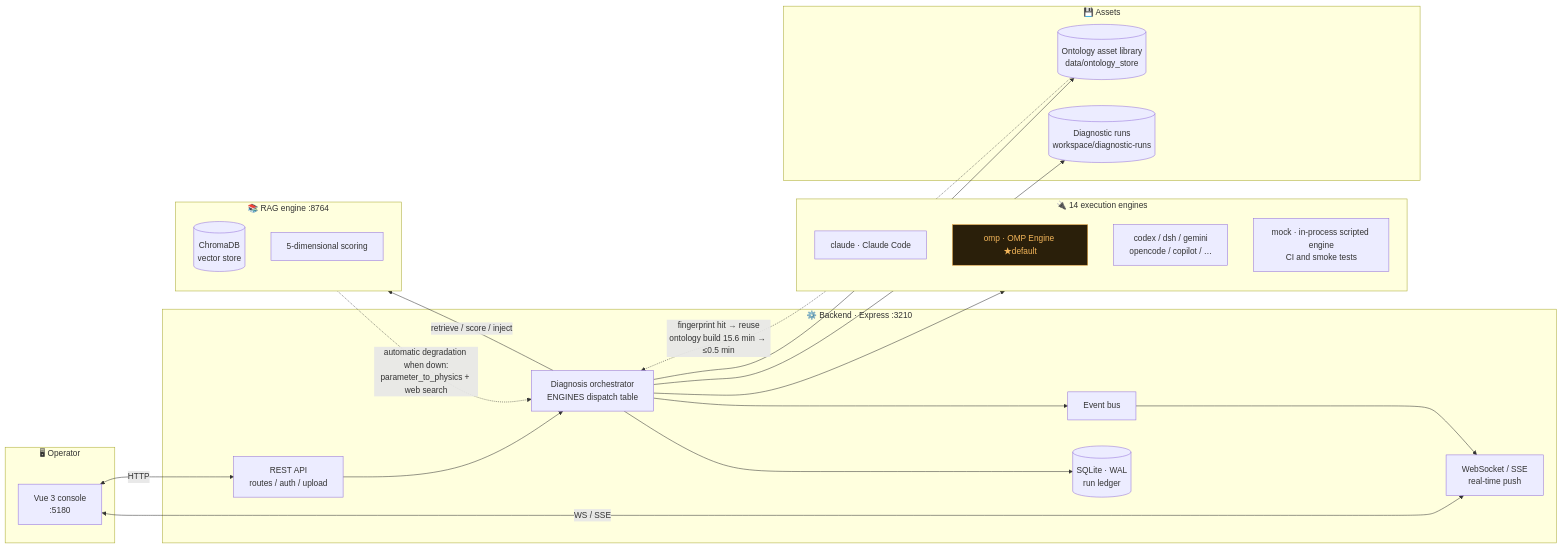
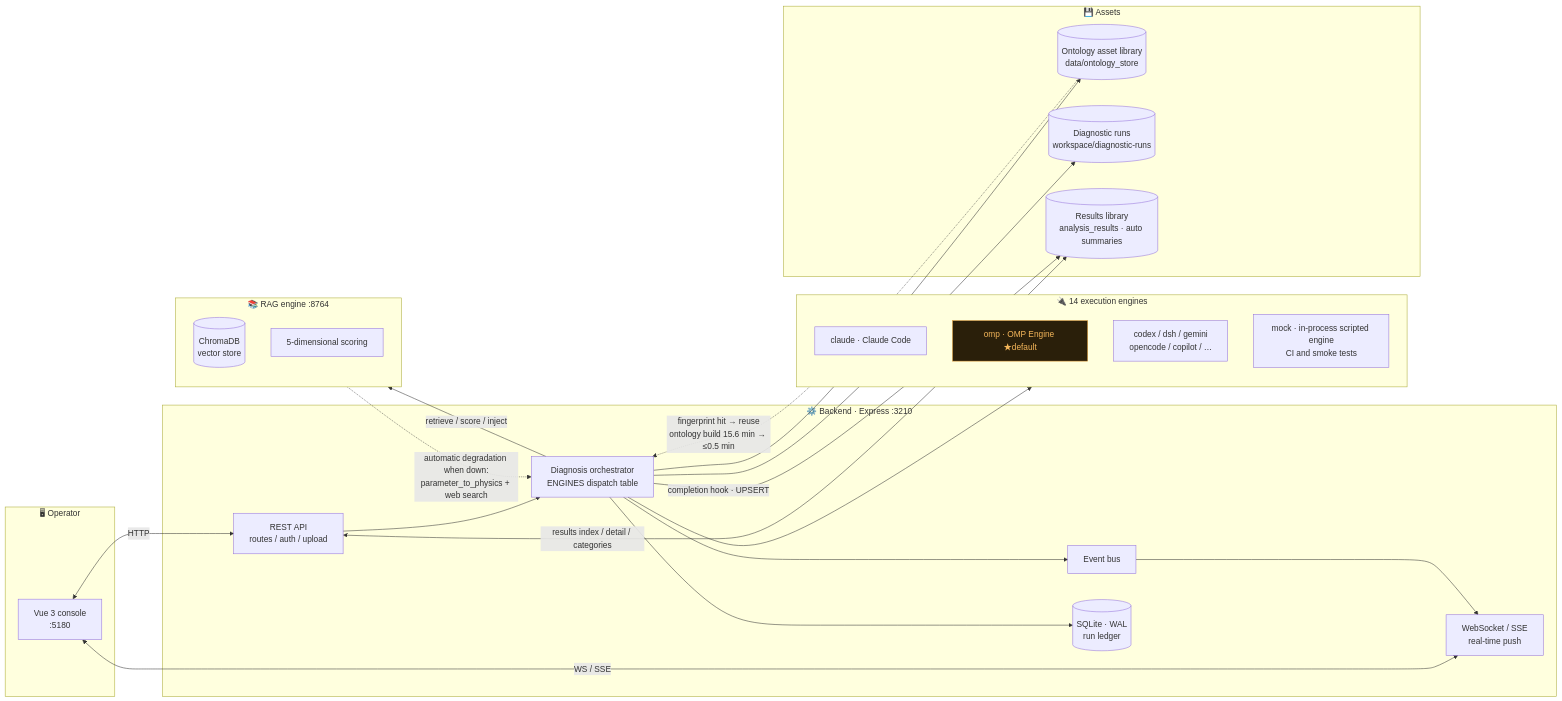
The second of 2 diagrams in README.md (kingdol666/industrial-deep-diagnostic), drawn with Mermaid before and after one commit. The commit also changed other lines of this file and 6 other files, not shown here.

````diff
--- a/README.md
+++ b/README.md
@@ -387,47 +462,50 @@
 ```mermaid
 flowchart LR
     subgraph CLIENT["🖥 Operator"]
         UI["Vue 3 console<br/>:5180"]
     end
 
     subgraph BACKEND["⚙️ Backend · Express :3210"]
         API["REST API<br/>routes / auth / upload"]
         ORCH["Diagnosis orchestrator<br/>ENGINES dispatch table"]
         BUS["Event bus"]
         WS["WebSocket / SSE<br/>real-time push"]
         DB[("SQLite · WAL<br/>run ledger")]
     end
 
     subgraph ENGINES["🔌 14 execution engines"]
         E1["claude · Claude Code"]
         E2["omp · OMP Engine ★default"]
         E3["codex / dsh / gemini<br/>opencode / copilot / …"]
         E4["mock · in-process scripted engine<br/>CI and smoke tests"]
     end
 
     subgraph RAG["📚 RAG engine :8764"]
         VEC[("ChromaDB<br/>vector store")]
         SCORE["5-dimensional scoring"]
     end
 
     subgraph STORE["💾 Assets"]
         ONTO[("Ontology asset library<br/>data/ontology_store")]
         RUNS[("Diagnostic runs<br/>workspace/diagnostic-runs")]
+        RES[("Results library<br/>analysis_results · auto summaries")]
     end
 
     UI <-->|HTTP| API
     UI <-->|WS / SSE| WS
     API --> ORCH
+    API <-->|results index / detail / categories| RES
     ORCH --> DB
     ORCH --> BUS
     BUS --> WS
     ORCH --> ENGINES
     ORCH -->|retrieve / score / inject| RAG
     ORCH --> ONTO
     ORCH --> RUNS
+    ORCH -->|completion hook · UPSERT| RES
     RAG -.->|automatic degradation when down:<br/>parameter_to_physics + web search| ORCH
     ONTO -.->|fingerprint hit → reuse<br/>ontology build 15.6 min → ≤0.5 min| ORCH
 
     classDef def fill:#2a1f0a,stroke:#e8a33d,color:#f4b65a
     class E2 def
 ```
````
